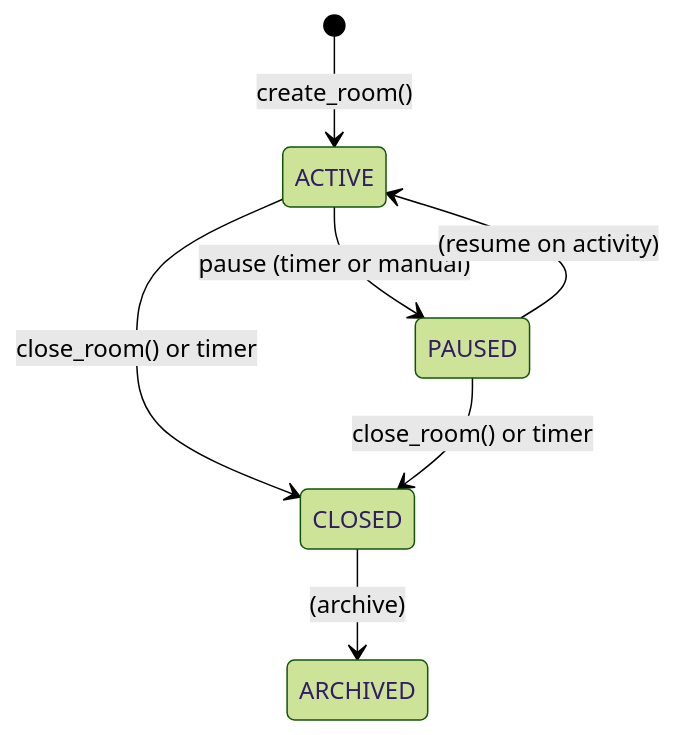
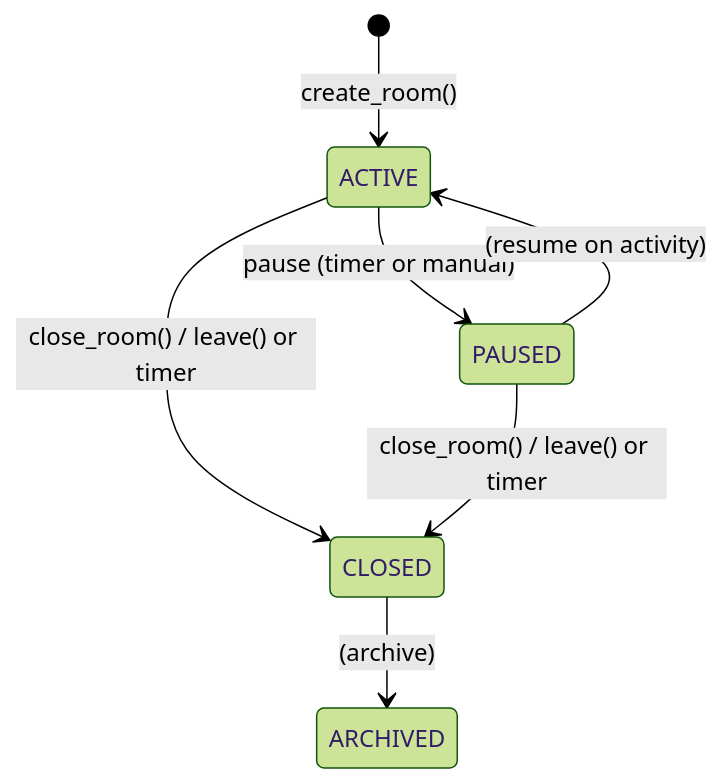
The first of 6 diagrams in docs/features.md (roomkit-live/roomkit-docs), drawn with Mermaid (forest theme) before and after one commit. The commit also changed other lines of this file and 14 other files, not shown here.

````diff
--- a/docs/features.md
+++ b/docs/features.md
@@ -119,9 +119,9 @@
 ```mermaid
 stateDiagram-v2
     [*] --> ACTIVE: create_room()
     ACTIVE --> PAUSED: pause (timer or manual)
     PAUSED --> ACTIVE: (resume on activity)
-    ACTIVE --> CLOSED: close_room() or timer
-    PAUSED --> CLOSED: close_room() or timer
+    ACTIVE --> CLOSED: close_room() / leave() or timer
+    PAUSED --> CLOSED: close_room() / leave() or timer
     CLOSED --> ARCHIVED: (archive)
 ```
````
